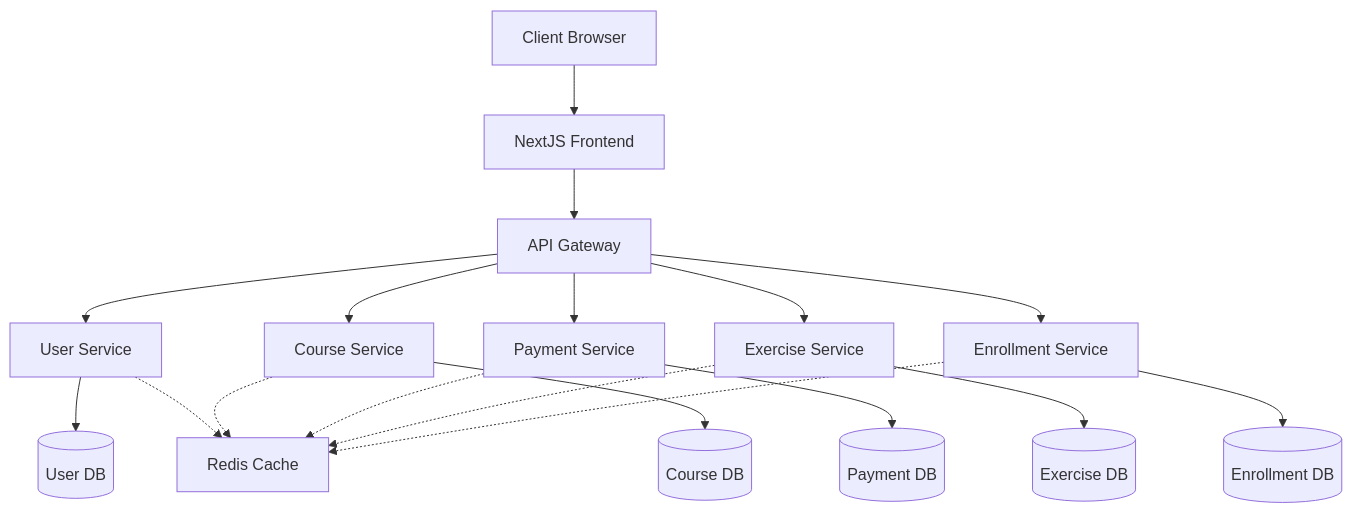
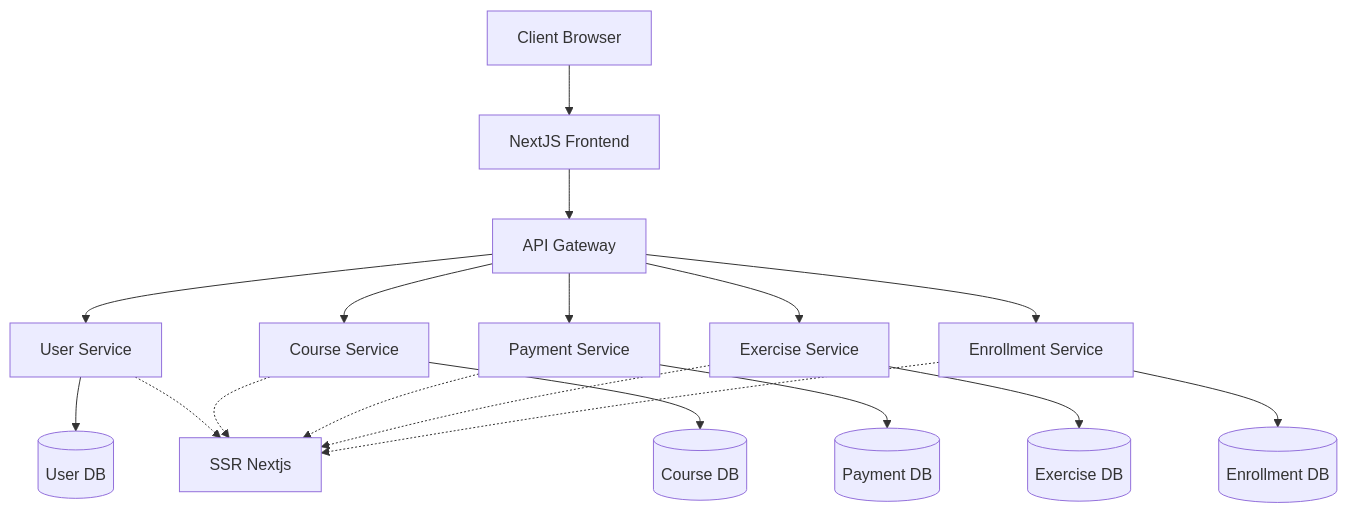
The first of 4 diagrams in README.md (8syncdev/pose), drawn with Mermaid before and after one commit.

````diff
--- a/README.md
+++ b/README.md
@@ -20,22 +20,22 @@
 ```mermaid
 graph TB
     Client[Client Browser] --> FE[NextJS Frontend]
     FE --> AG[API Gateway]
     AG --> MS1[User Service]
     AG --> MS2[Course Service]
     AG --> MS3[Payment Service]
     AG --> MS4[Exercise Service]
     AG --> MS5[Enrollment Service]
     
     MS1 --> DB1[(User DB)]
     MS2 --> DB2[(Course DB)]
     MS3 --> DB3[(Payment DB)]
     MS4 --> DB4[(Exercise DB)]
     MS5 --> DB5[(Enrollment DB)]
     
-    MS1 -.-> Cache[Redis Cache]
+    MS1 -.-> Cache[SSR Nextjs]
     MS2 -.-> Cache
     MS3 -.-> Cache
     MS4 -.-> Cache
     MS5 -.-> Cache
 ```
````
